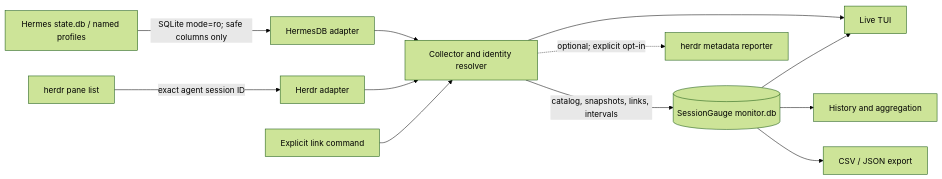
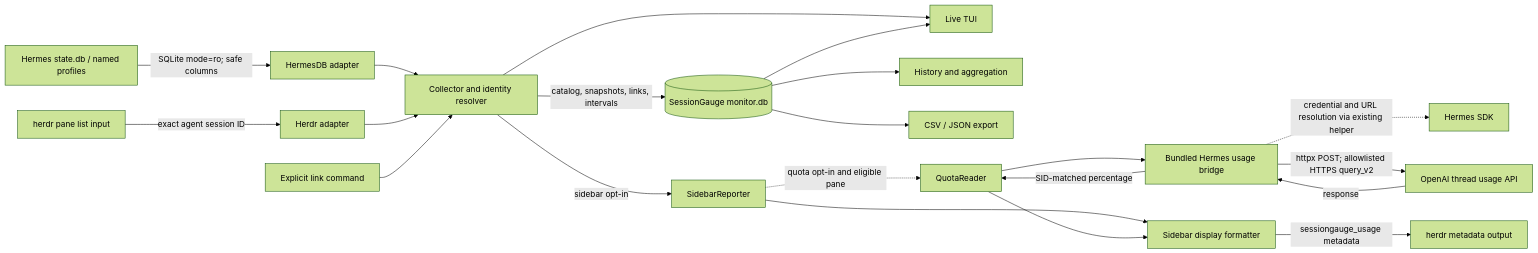
The diagram in docs/architecture.md (iorinu/SessionGauge), drawn with Mermaid (forest theme) before and after one commit. The commit also changed other lines of this file and 6 other files, not shown here.

Commit message:
docs: consolidate setup architecture and verification guides

````diff
--- a/docs/architecture.md
+++ b/docs/architecture.md
@@ -5,14 +5,23 @@
 ```mermaid
 flowchart LR
-    H[Hermes state.db / named profiles] -->|SQLite mode=ro; safe columns only| A[HermesDB adapter]
-    R[herdr pane list] -->|exact agent session ID| B[Herdr adapter]
+    H[Hermes state.db / named profiles] -->|SQLite mode=ro; safe columns| A[HermesDB adapter]
+    R[herdr pane list input] -->|exact agent session ID| B[Herdr adapter]
     A --> C[Collector and identity resolver]
     B --> C
     L[Explicit link command] --> C
     C -->|catalog, snapshots, links, intervals| M[(SessionGauge monitor.db)]
     C --> T[Live TUI]
     M --> T
     M --> G[History and aggregation]
     M --> E[CSV / JSON export]
-    C -. optional; explicit opt-in .-> S[herdr metadata reporter]
+    C -->|sidebar opt-in| S[SidebarReporter]
+    S -. quota opt-in and eligible pane .-> Q[QuotaReader]
+    Q --> X[Bundled Hermes usage bridge]
+    X -. credential and URL resolution via existing helper .-> SDK[Hermes SDK]
+    X -->|httpx POST; allowlisted HTTPS query_v2| API[OpenAI thread usage API]
+    API -->|response| X
+    X -->|SID-matched percentage| Q
+    S --> F[Sidebar display formatter]
+    Q --> F
+    F -->|sessiongauge_usage metadata| O[herdr metadata output]
 ```
````
